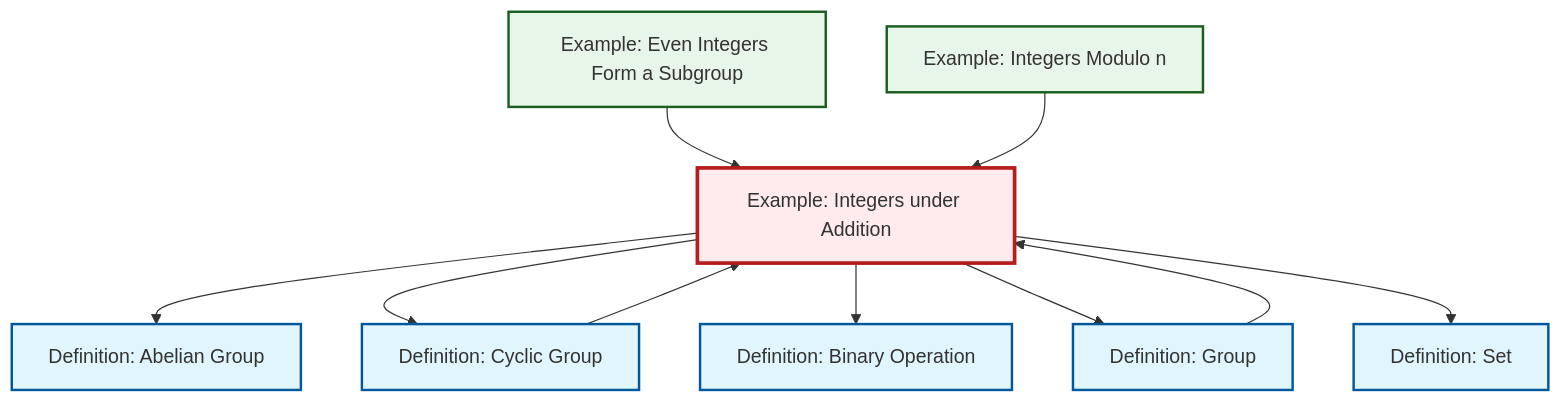
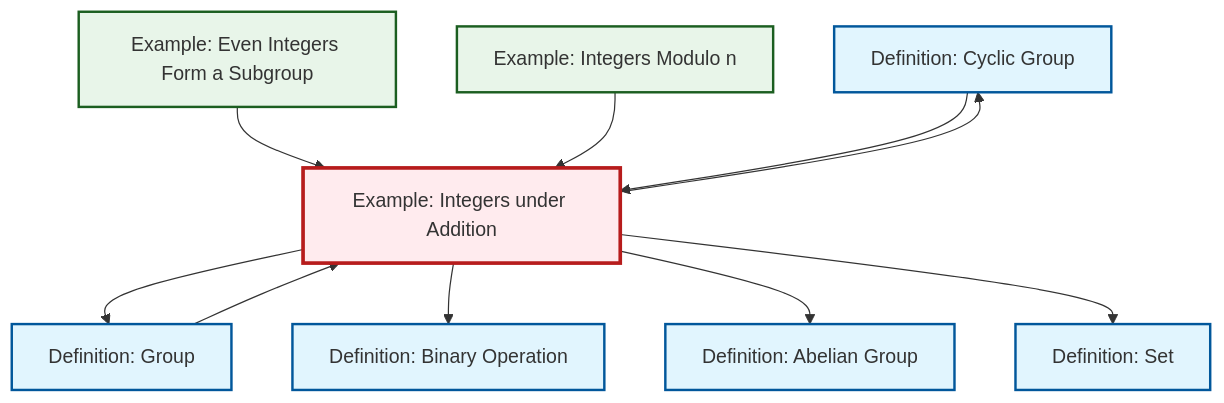
One commit to RK0429/ModernMath changed the diagram in content/ja/algebra/ex-integers-addition.qmd. Above: the diagram before and after it, drawn with Mermaid. The commit also changed other lines of this file and 491 other files, not shown here.

````diff
--- a/content/ja/algebra/ex-integers-addition.qmd
+++ b/content/ja/algebra/ex-integers-addition.qmd
@@ -74,34 +74,34 @@
 ```{mermaid}
 %%| fig-cap: "Local dependency graph"
 graph TD
     classDef definition fill:#e1f5fe,stroke:#01579b,stroke-width:2px
     classDef theorem fill:#f3e5f5,stroke:#4a148c,stroke-width:2px
     classDef axiom fill:#fff3e0,stroke:#e65100,stroke-width:2px
     classDef example fill:#e8f5e9,stroke:#1b5e20,stroke-width:2px
     classDef current fill:#ffebee,stroke:#b71c1c,stroke-width:3px
+    def-binary-operation["Definition: Binary Operation"]:::definition
+    def-abelian-group["Definition: Abelian Group"]:::definition
+    def-cyclic-group["Definition: Cyclic Group"]:::definition
+    ex-even-integers-subgroup["Example: Even Integers Form a Subgroup"]:::example
+    def-group["Definition: Group"]:::definition
     ex-integers-addition["Example: Integers under Addition"]:::example
     def-set["Definition: Set"]:::definition
-    def-group["Definition: Group"]:::definition
-    def-cyclic-group["Definition: Cyclic Group"]:::definition
-    def-binary-operation["Definition: Binary Operation"]:::definition
-    def-abelian-group["Definition: Abelian Group"]:::definition
-    ex-even-integers-subgroup["Example: Even Integers Form a Subgroup"]:::example
     ex-quotient-integers-mod-n["Example: Integers Modulo n"]:::example
+    ex-even-integers-subgroup --> ex-integers-addition
+    ex-integers-addition --> def-group
+    def-group --> ex-integers-addition
+    ex-integers-addition --> def-binary-operation
+    ex-quotient-integers-mod-n --> ex-integers-addition
+    ex-integers-addition --> def-abelian-group
     def-cyclic-group --> ex-integers-addition
-    ex-integers-addition --> def-abelian-group
+    ex-integers-addition --> def-set
     ex-integers-addition --> def-cyclic-group
-    ex-integers-addition --> def-binary-operation
-    ex-integers-addition --> def-group
-    ex-integers-addition --> def-set
-    def-group --> ex-integers-addition
-    ex-even-integers-subgroup --> ex-integers-addition
-    ex-quotient-integers-mod-n --> ex-integers-addition
     class ex-integers-addition current
-    click def-set "def-set.html" "Definition: Setへ"
-    click def-group "def-group.html" "Definition: Groupへ"
-    click def-cyclic-group "def-cyclic-group.html" "Definition: Cyclic Groupへ"
     click def-binary-operation "def-binary-operation.html" "Definition: Binary Operationへ"
     click def-abelian-group "def-abelian-group.html" "Definition: Abelian Groupへ"
+    click def-cyclic-group "def-cyclic-group.html" "Definition: Cyclic Groupへ"
     click ex-even-integers-subgroup "ex-even-integers-subgroup.html" "Example: Even Integers Form a Subgroupへ"
+    click def-group "def-group.html" "Definition: Groupへ"
+    click def-set "def-set.html" "Definition: Setへ"
     click ex-quotient-integers-mod-n "ex-quotient-integers-mod-n.html" "Example: Integers Modulo nへ"
 ```
````
